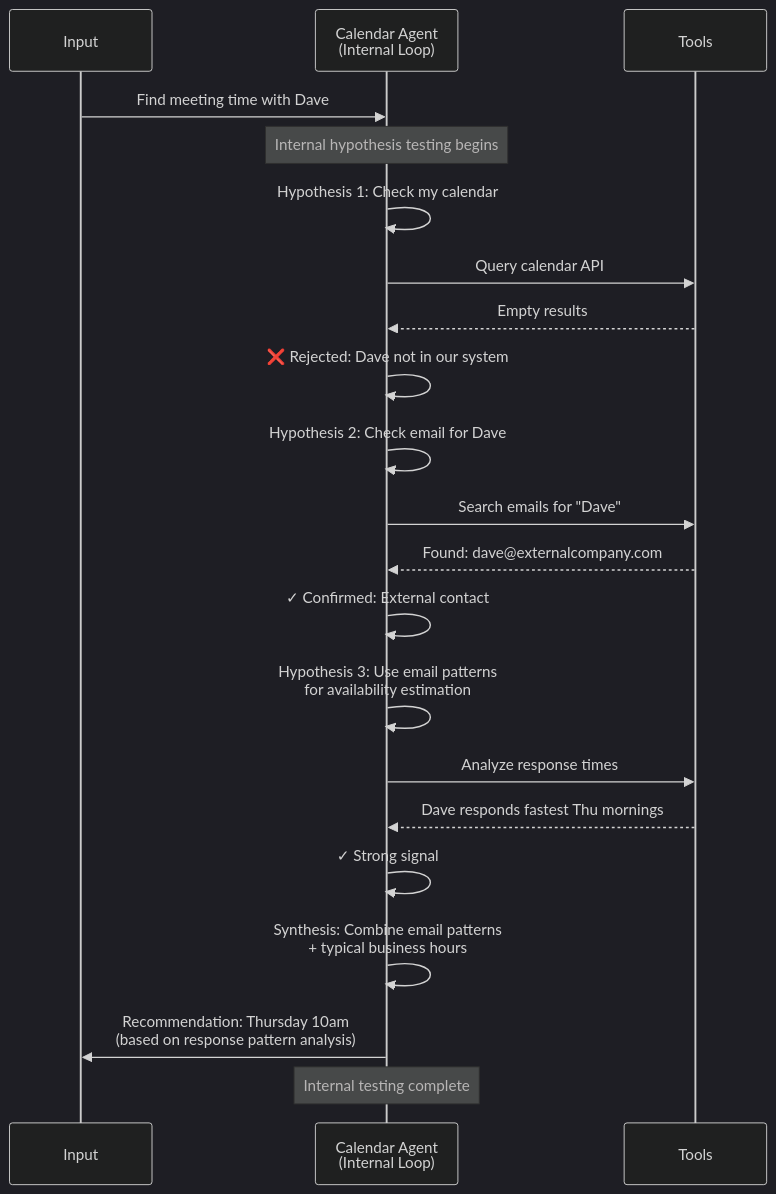
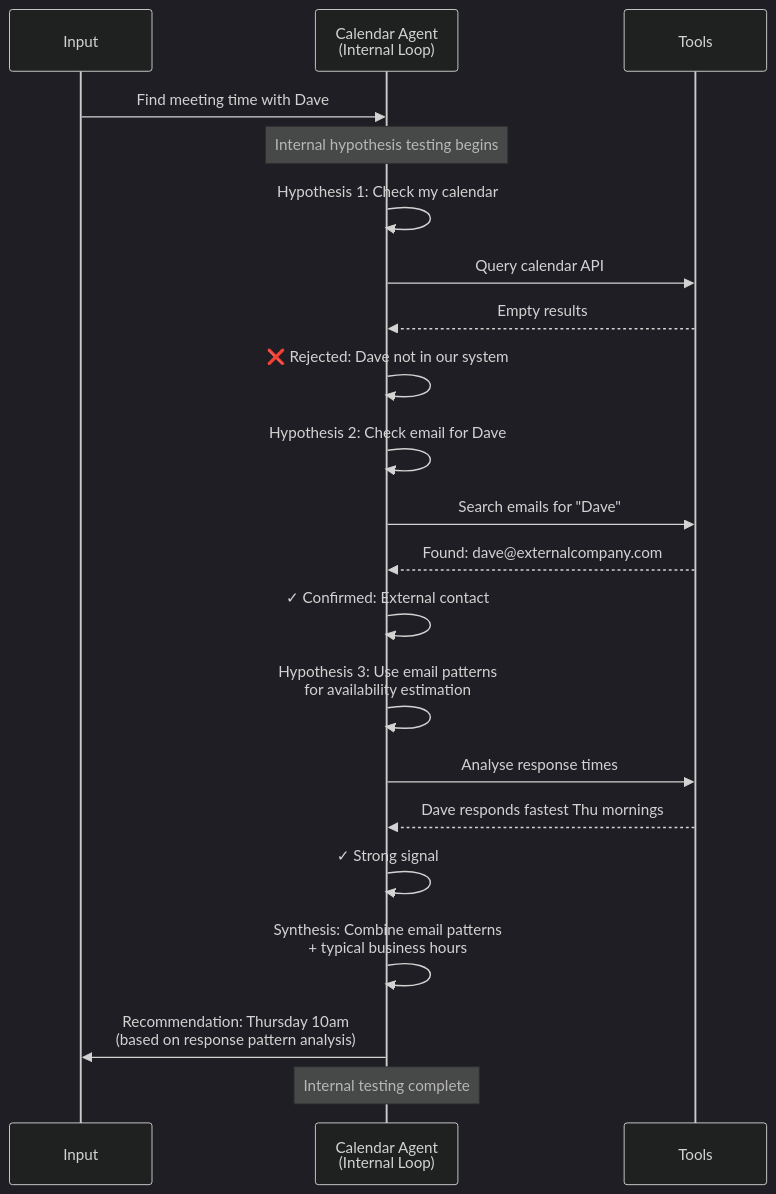
One commit to scottgal/LLMApi changed the fourth of 13 diagrams in docs/SEMANTIC_COGNITION_MESH.md. Above: the diagram before and after it, drawn with Mermaid (dark theme). The commit also changed other lines of this file, not shown here.

````diff
--- a/docs/SEMANTIC_COGNITION_MESH.md
+++ b/docs/SEMANTIC_COGNITION_MESH.md
@@ -117,31 +119,31 @@
 ```mermaid
 sequenceDiagram
     participant Input
     participant Node as Calendar Agent<br/>(Internal Loop)
     participant Tools
 
     Input->>Node: Find meeting time with Dave
 
     Note over Node: Internal hypothesis testing begins
 
     Node->>Node: Hypothesis 1: Check my calendar
     Node->>Tools: Query calendar API
     Tools-->>Node: Empty results
     Node->>Node: ❌ Rejected: Dave not in our system
 
     Node->>Node: Hypothesis 2: Check email for Dave
     Node->>Tools: Search emails for "Dave"
     Tools-->>Node: Found: dave@externalcompany.com
     Node->>Node: ✓ Confirmed: External contact
 
     Node->>Node: Hypothesis 3: Use email patterns<br/>for availability estimation
-    Node->>Tools: Analyze response times
+    Node->>Tools: Analyse response times
     Tools-->>Node: Dave responds fastest Thu mornings
     Node->>Node: ✓ Strong signal
 
     Node->>Node: Synthesis: Combine email patterns<br/>+ typical business hours
 
     Node->>Input: Recommendation: Thursday 10am<br/>(based on response pattern analysis)
 
     Note over Node: Internal testing complete
 ```
````
